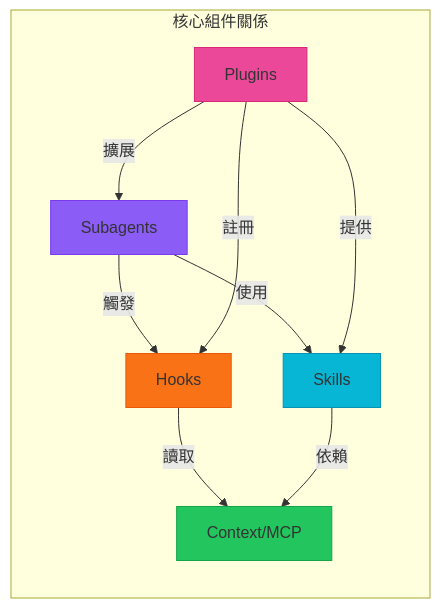
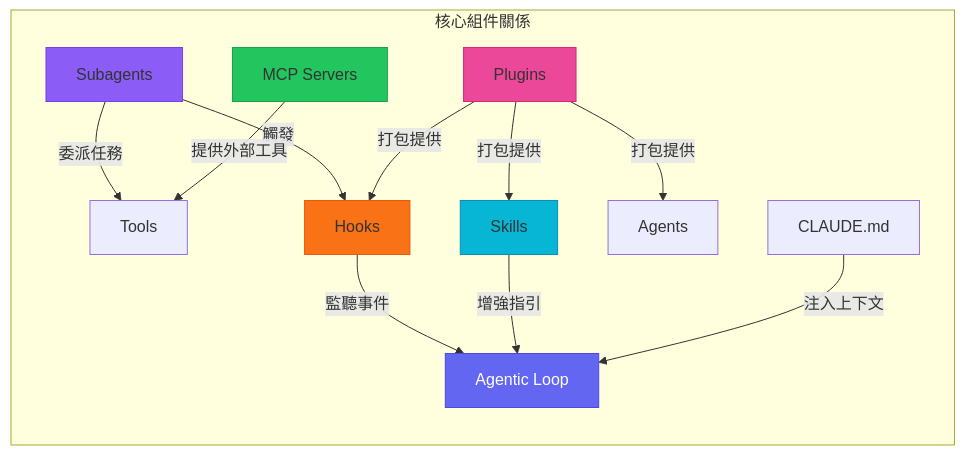
The fifth of 57 diagrams in content/posts/教學/AI開發/Claude Code生態圈教學手冊.md (chihhung/Blog), drawn with Mermaid before and after one commit. The commit also changed other lines of this file and 3 other files, not shown here.

````diff
--- a/content/posts/教學/AI開發/Claude Code生態圈教學手冊.md
+++ b/content/posts/教學/AI開發/Claude Code生態圈教學手冊.md
@@ -377,18 +645,21 @@
 ```mermaid
 graph LR
     subgraph "核心組件關係"
-        S[Subagents] -->|使用| SK[Skills]
+        S[Subagents] -->|委派任務| T[Tools]
         S -->|觸發| H[Hooks]
-        H -->|讀取| C[Context/MCP]
-        SK -->|依賴| C
-        P[Plugins] -->|擴展| S
-        P -->|註冊| H
-        P -->|提供| SK
+        H -->|監聽事件| AL[Agentic Loop]
+        SK[Skills] -->|增強指引| AL
+        P[Plugins] -->|打包提供| SK
+        P -->|打包提供| AG[Agents]
+        P -->|打包提供| H
+        MCP[MCP Servers] -->|提供外部工具| T
+        CM[CLAUDE.md] -->|注入上下文| AL
     end
     
     style S fill:#8b5cf6,stroke:#7c3aed
     style SK fill:#06b6d4,stroke:#0891b2
     style H fill:#f97316,stroke:#ea580c
-    style C fill:#22c55e,stroke:#16a34a
+    style MCP fill:#22c55e,stroke:#16a34a
     style P fill:#ec4899,stroke:#db2777
+    style AL fill:#6366f1,stroke:#4f46e5,color:#fff
 ```
````
